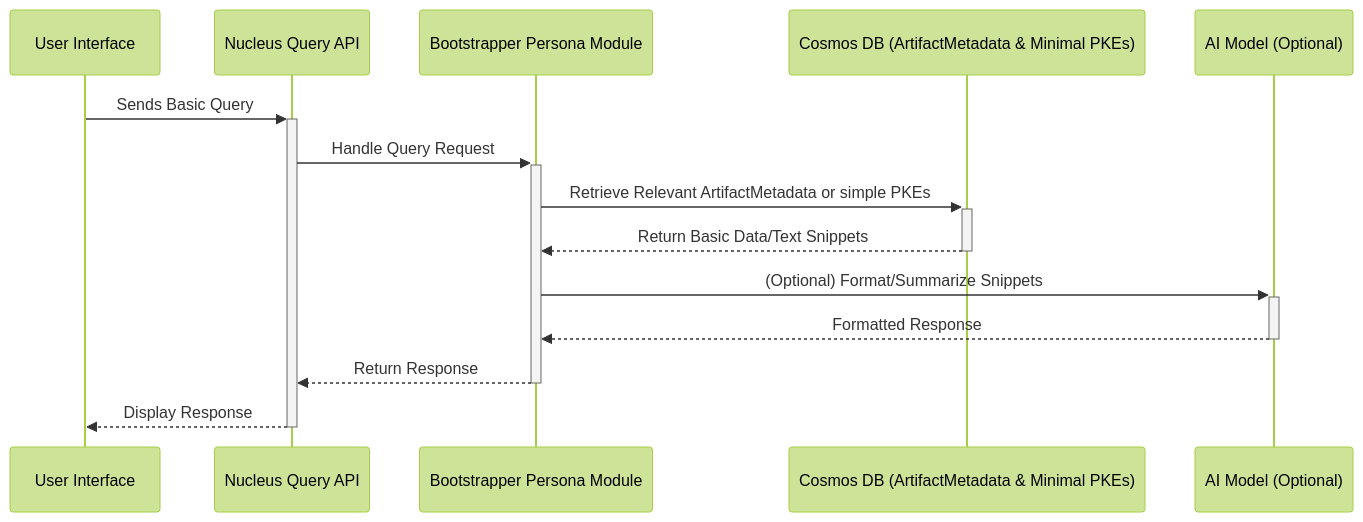
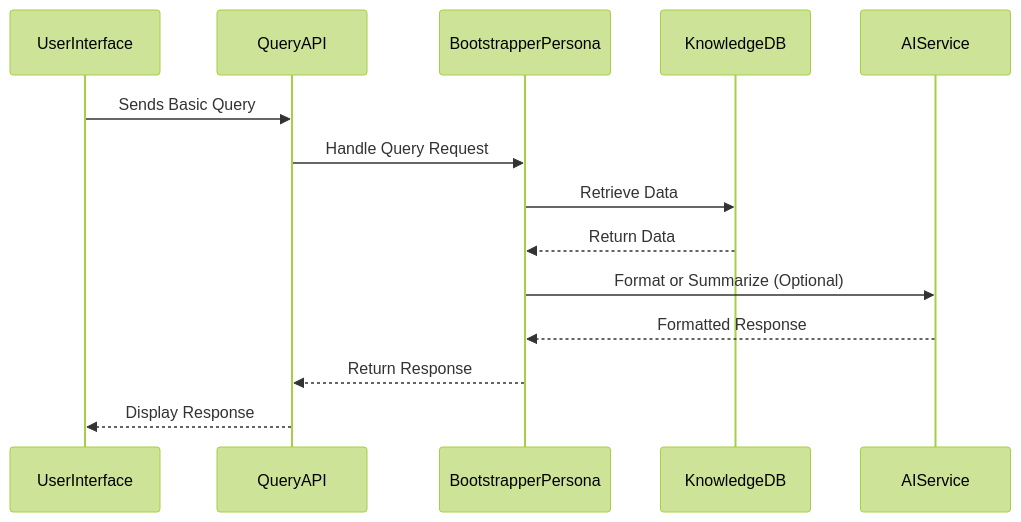
The diagram in Docs/Architecture/Personas/ARCHITECTURE_PERSONAS_BOOTSTRAPPER.md (jfjordanfarr/Nucleus), drawn with Mermaid (forest theme) before and after one commit. The commit also changed 12 other files, not shown here.

Commit message:
Better mermaid parsing on existing docs

````diff
--- a/Docs/Architecture/Personas/ARCHITECTURE_PERSONAS_BOOTSTRAPPER.md
+++ b/Docs/Architecture/Personas/ARCHITECTURE_PERSONAS_BOOTSTRAPPER.md
@@ -24,19 +24,17 @@
 ```mermaid
 sequenceDiagram
-    participant UserInterface as User Interface
-    participant QueryAPI as Nucleus Query API
-    participant BootstrapperPersona as Bootstrapper Persona Module
-    participant KnowledgeDB as Cosmos DB (ArtifactMetadata & Minimal PKEs)
-    participant AIService as AI Model (Optional)
+    participant UserInterface
+    participant QueryAPI
+    participant BootstrapperPersona
+    participant KnowledgeDB
+    participant AIService
 
-    UserInterface->>+QueryAPI: Sends Basic Query
-    QueryAPI->>+BootstrapperPersona: Handle Query Request
-    BootstrapperPersona->>+KnowledgeDB: Retrieve Relevant ArtifactMetadata or simple PKEs
-    KnowledgeDB-->>-BootstrapperPersona: Return Basic Data/Text Snippets
-    %% Optional: Simple AI summarization/formatting %%
-    BootstrapperPersona->>+AIService: (Optional) Format/Summarize Snippets
-    AIService-->>-BootstrapperPersona: Formatted Response
-    BootstrapperPersona-->>-QueryAPI: Return Response
-    QueryAPI-->>-UserInterface: Display Response
-
+    UserInterface->>QueryAPI: Sends Basic Query
+    QueryAPI->>BootstrapperPersona: Handle Query Request
+    BootstrapperPersona->>KnowledgeDB: Retrieve Data
+    KnowledgeDB-->>BootstrapperPersona: Return Data
+    BootstrapperPersona->>AIService: Format or Summarize (Optional)
+    AIService-->>BootstrapperPersona: Formatted Response
+    BootstrapperPersona-->>QueryAPI: Return Response
+    QueryAPI-->>UserInterface: Display Response
 ```
````
